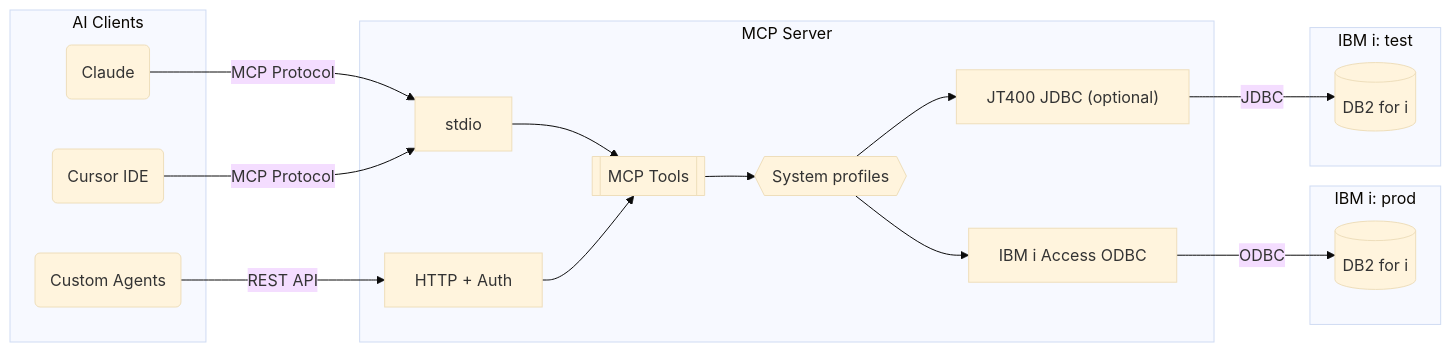
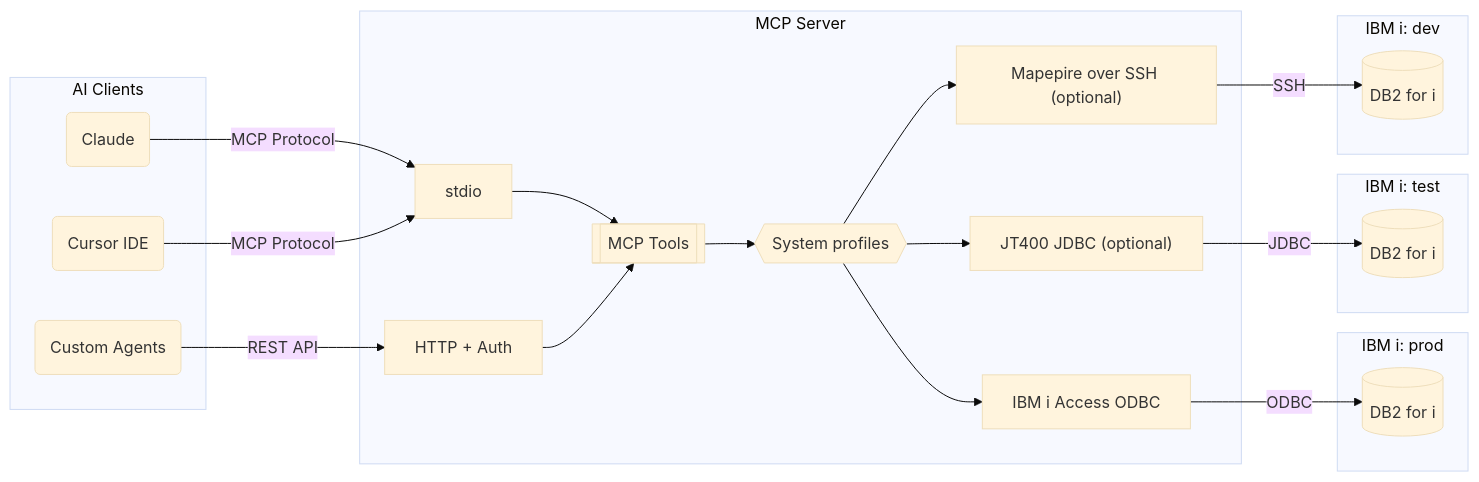
The diagram in README.md (Strom-Capital/mcp-server-db2i), drawn with Mermaid (base theme) before and after one commit. The commit also changed other lines of this file and 25 other files, not shown here.

First line of the commit message:
feat: add a Mapepire-over-SSH driver (DB2I_DRIVER=mapepire) (#109)

````diff
--- a/README.md
+++ b/README.md
@@ -23,33 +23,39 @@
 ```mermaid
 graph LR
     subgraph clients ["AI Clients"]
         claude("Claude")
         cursor("Cursor IDE")
         agents("Custom Agents")
     end
 
     subgraph server ["MCP Server"]
         stdio["stdio"]
         http["HTTP + Auth"]
         tools[["MCP Tools"]]
         profiles{{"System profiles"}}
         odbc["IBM i Access ODBC"]
         jdbc["JT400 JDBC (optional)"]
+        mapepire["Mapepire over SSH (optional)"]
     end
 
     subgraph prod ["IBM i: prod"]
         db2prod[("DB2 for i")]
     end
 
     subgraph test ["IBM i: test"]
         db2test[("DB2 for i")]
     end
 
+    subgraph dev ["IBM i: dev"]
+        db2dev[("DB2 for i")]
+    end
+
     claude & cursor -->|MCP Protocol| stdio
     agents -->|REST API| http
     stdio & http --> tools
     tools --> profiles
-    profiles --> odbc & jdbc
+    profiles --> odbc & jdbc & mapepire
     odbc -->|ODBC| db2prod
     jdbc -->|JDBC| db2test
+    mapepire -->|SSH| db2dev
 ```
````
